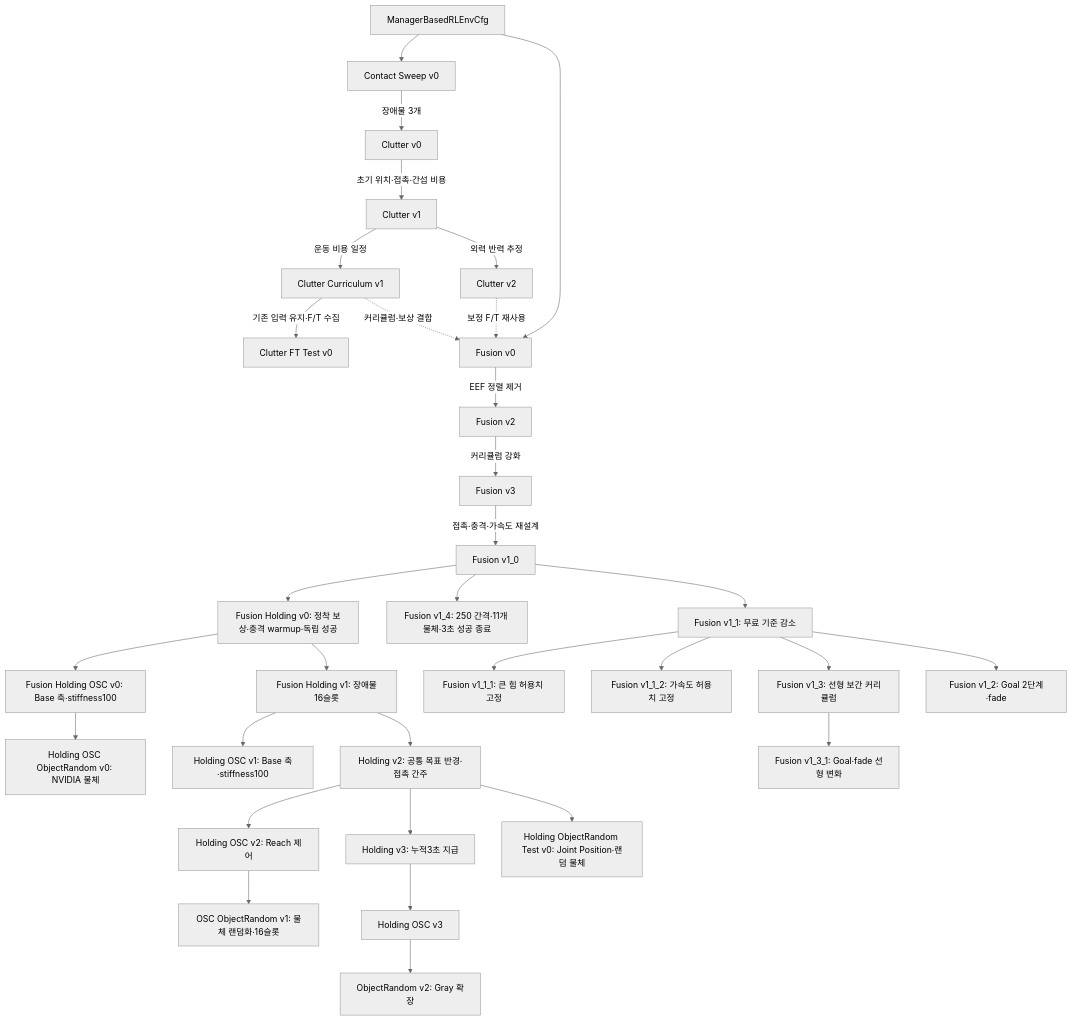
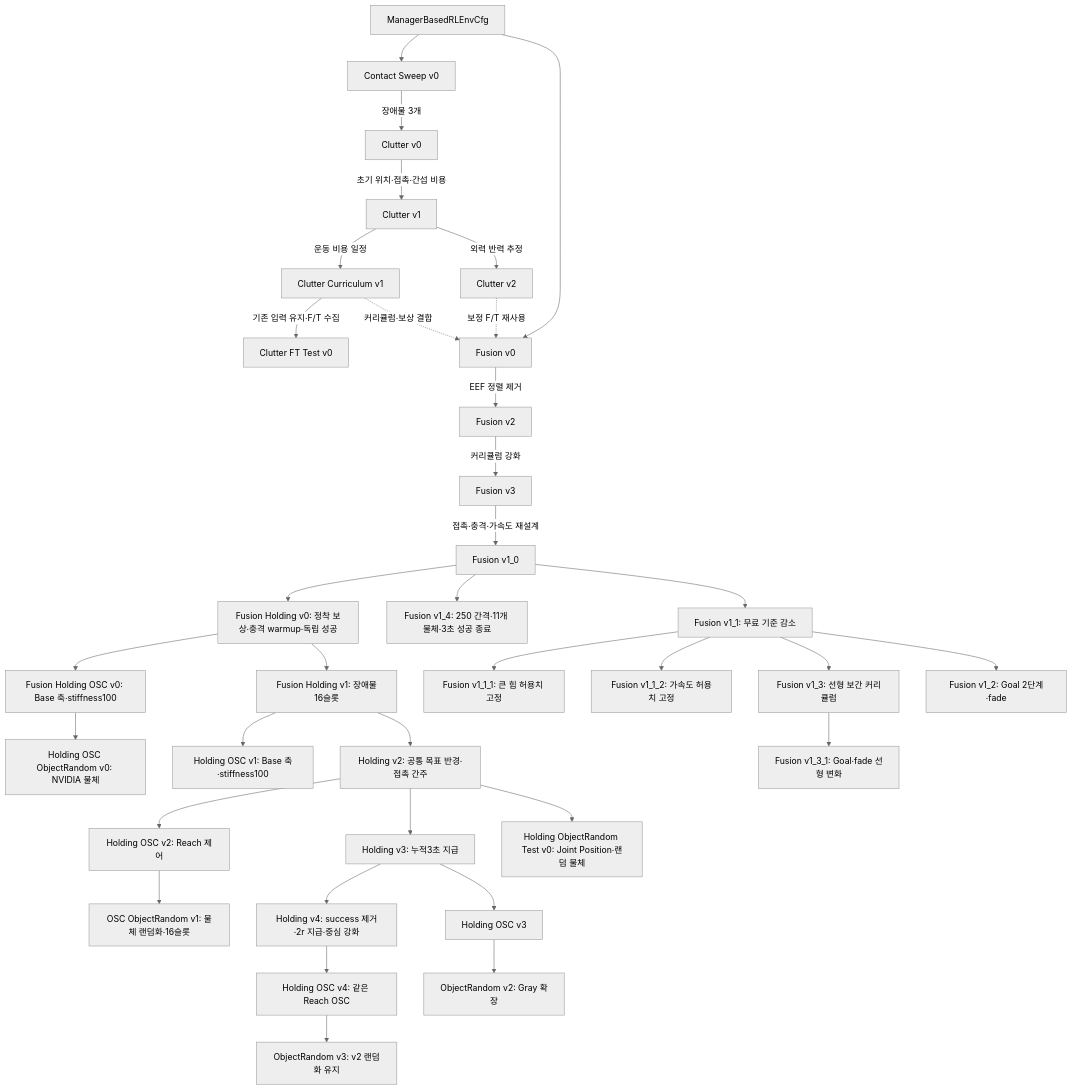
One commit to 7cmdehdrb/Contact-Rich-Manipulation-Context changed the fourth of 4 diagrams in 02_implementation/environments/ENVIRONMENT_EVOLUTION.md. Above: the diagram before and after it, drawn with Mermaid (neutral theme). The commit also changed other lines of this file and 17 other files, not shown here.

````diff
--- a/02_implementation/environments/ENVIRONMENT_EVOLUTION.md
+++ b/02_implementation/environments/ENVIRONMENT_EVOLUTION.md
@@ -115,45 +115,48 @@
 ```mermaid
 flowchart TD
     M["ManagerBasedRLEnvCfg"]
     C["Contact Sweep v0"]
     C0["Clutter v0"]
     C1["Clutter v1"]
     CC["Clutter Curriculum v1"]
     C2["Clutter v2"]
     FT["Clutter FT Test v0"]
     F0["Fusion v0"]
     F2["Fusion v2"]
     F3["Fusion v3"]
     F10["Fusion v1_0"]
     F10 --> FH["Fusion Holding v0: 정착 보상·충격 warmup·독립 성공"]
     FH --> FHO["Fusion Holding OSC v0: Base 축·stiffness100"]
     FHO --> FHOR["Holding OSC ObjectRandom v0: NVIDIA 물체"]
     FH --> FH1["Fusion Holding v1: 장애물16슬롯"]
     FH1 --> FHO1["Holding OSC v1: Base 축·stiffness100"]
     FH1 --> FH2["Holding v2: 공통 목표 반경·접촉 간주"]
     FH2 --> FHO2["Holding OSC v2: Reach 제어"]
     FH2 --> FH3["Holding v3: 누적3초 지급"]
+    FH3 --> FH4["Holding v4: success 제거·2r 지급·중심 강화"]
+    FH4 --> FHO4["Holding OSC v4: 같은 Reach OSC"]
+    FHO4 --> FHOR3["ObjectRandom v3: v2 랜덤화 유지"]
     FH3 --> FHO3["Holding OSC v3"]
     FHO3 --> FHOR2["ObjectRandom v2: Gray 확장"]
     FH2 --> FHJRT["Holding ObjectRandom Test v0: Joint Position·랜덤 물체"]
     FHO2 --> FHOR1["OSC ObjectRandom v1: 물체 랜덤화·16슬롯"]
     F10 --> F14["Fusion v1_4: 250 간격·11개 물체·3초 성공 종료"]
     F10 --> F11["Fusion v1_1: 무료 기준 감소"]
     F11 --> F111["Fusion v1_1_1: 큰 힘 허용치 고정"]
     F11 --> F112["Fusion v1_1_2: 가속도 허용치 고정"]
     F11 --> F13["Fusion v1_3: 선형 보간 커리큘럼"]
     F13 --> F131["Fusion v1_3_1: Goal·fade 선형 변화"]
     F11 --> F12["Fusion v1_2: Goal 2단계·fade"]
     M --> C
     C -->|"장애물 3개"| C0
     C0 -->|"초기 위치·접촉·간섭 비용"| C1
     C1 -->|"운동 비용 일정"| CC
     C1 -->|"외력 반력 추정"| C2
     CC -->|"기존 입력 유지·F/T 수집"| FT
     M --> F0
     CC -. "커리큘럼·보상 결합" .-> F0
     C2 -. "보정 F/T 재사용" .-> F0
     F0 -->|"EEF 정렬 제거"| F2
     F2 -->|"커리큘럼 강화"| F3
     F3 -->|"접촉·충격·가속도 재설계"| F10
 ```
````
